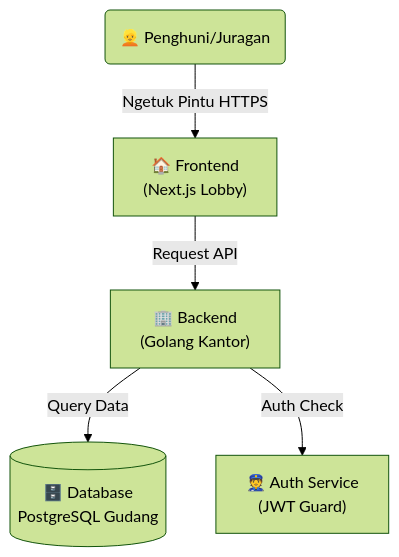
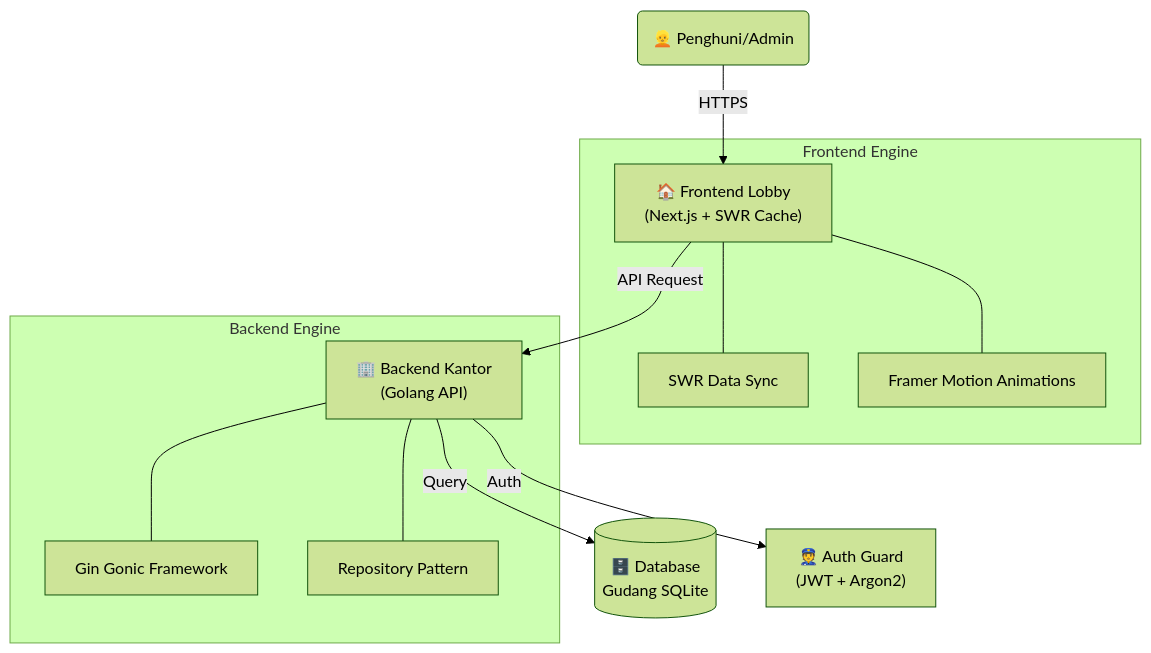
The diagram in README.md (allfaris13/platfrom-kos), drawn with Mermaid (forest theme) before and after one commit. The commit also changed other lines of this file and 37 other files, not shown here.

````diff
--- a/README.md
+++ b/README.md
@@ -20,7 +21,17 @@
 ```mermaid
 graph TD
-    User("👱 Penghuni/Juragan") -->|Ngetuk Pintu HTTPS| FE["🏠 Frontend<br>(Next.js Lobby)"]
-    FE -->|Request API| BE["🏢 Backend<br>(Golang Kantor)"]
-    BE -->|Query Data| DB[("🗄️ Database<br>PostgreSQL Gudang")]
-    BE -->|Auth Check| Satpam["👮 Auth Service<br>(JWT Guard)"]
+    User("👱 Penghuni/Admin") -->|HTTPS| FE["🏠 Frontend Lobby<br>(Next.js + SWR Cache)"]
+    FE -->|API Request| BE["🏢 Backend Kantor<br>(Golang API)"]
+    BE -->|Query| DB[("🗄️ Database<br>Gudang SQLite")]
+    BE -->|Auth| Satpam["👮 Auth Guard<br>(JWT + Argon2)"]
+
+    subgraph "Frontend Engine"
+    FE --- SWR[SWR Data Sync]
+    FE --- Framer[Framer Motion Animations]
+    end
+
+    subgraph "Backend Engine"
+    BE --- Gin[Gin Gonic Framework]
+    BE --- Repo[Repository Pattern]
+    end
 ```
````
